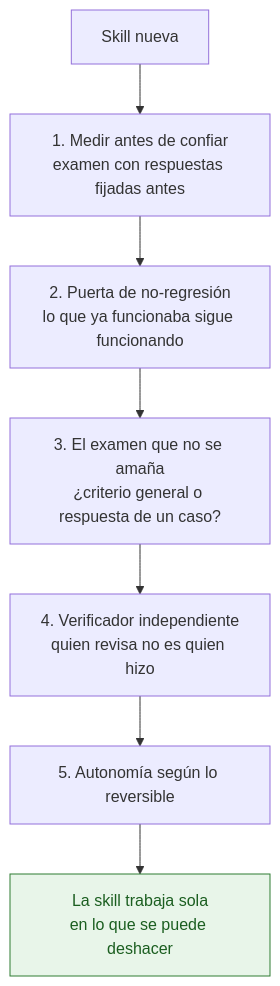
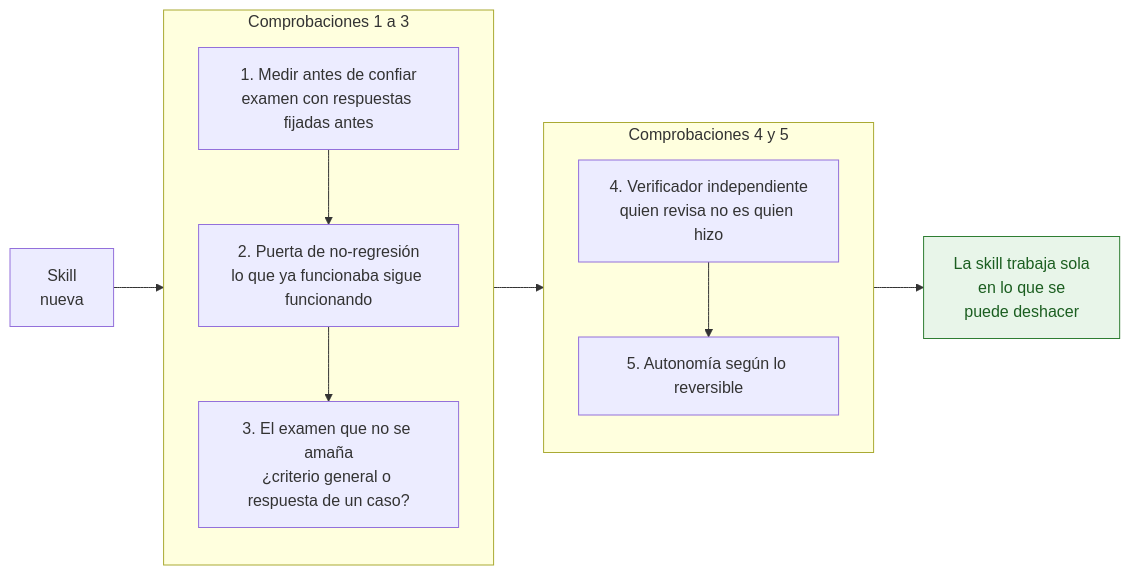
One commit to jleonceo/gobernanza-skills-analiticas changed the diagram in README.md. Above: the diagram before and after it, drawn with Mermaid. The commit also changed 1 other file, not shown here.

Commit message:
Esquema: pasa a horizontal para que ocupe menos de una pantalla
Iba de arriba abajo y ocupaba más de 1.000 píxeles de alto. Ahora va de
izquierda a derecha, con los pasos agrupados en columnas. El contenido de
las cajas es el mismo.

````diff
--- a/README.md
+++ b/README.md
@@ -15,10 +15,16 @@
 ```mermaid
-flowchart TD
-    S[Skill nueva] --> C1[1. Medir antes de confiar<br/>examen con respuestas fijadas antes]
-    C1 --> C2[2. Puerta de no-regresión<br/>lo que ya funcionaba sigue funcionando]
-    C2 --> C3[3. El examen que no se amaña<br/>¿criterio general o respuesta de un caso?]
-    C3 --> C4[4. Verificador independiente<br/>quien revisa no es quien hizo]
-    C4 --> C5[5. Autonomía según lo reversible]
-    C5 --> T[La skill trabaja sola<br/>en lo que se puede deshacer]
+flowchart LR
+    S[Skill<br/>nueva] --> G1
+    subgraph G1[Comprobaciones 1 a 3]
+        direction TB
+        C1[1. Medir antes de confiar<br/>examen con respuestas fijadas antes] --> C2[2. Puerta de no-regresión<br/>lo que ya funcionaba sigue funcionando]
+        C2 --> C3[3. El examen que no se amaña<br/>¿criterio general o respuesta de un caso?]
+    end
+    subgraph G2[Comprobaciones 4 y 5]
+        direction TB
+        C4[4. Verificador independiente<br/>quien revisa no es quien hizo] --> C5[5. Autonomía según lo reversible]
+    end
+    G1 --> G2
+    G2 --> T[La skill trabaja sola<br/>en lo que se<br/>puede deshacer]
     style T fill:#e8f5e9,stroke:#2e7d32,color:#1b5e20
 ```
````
